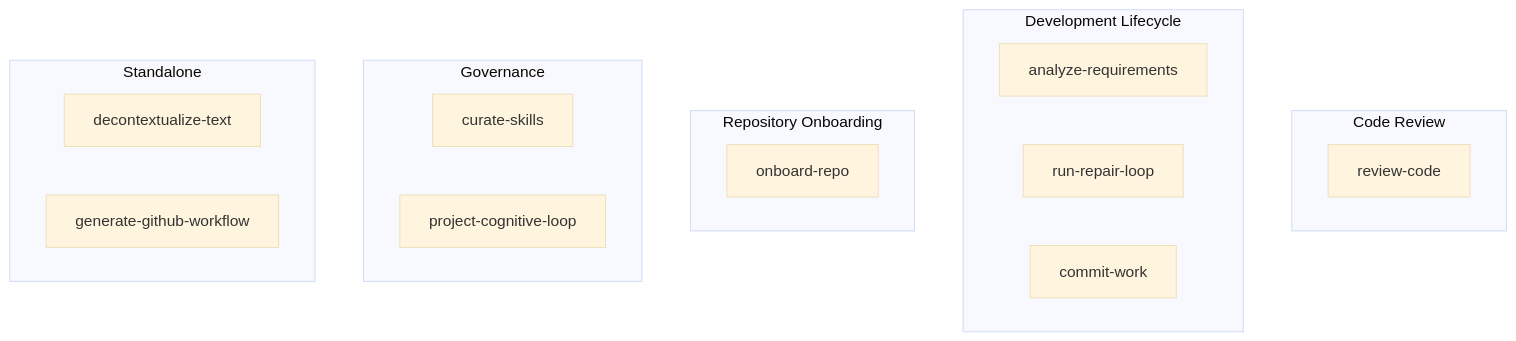
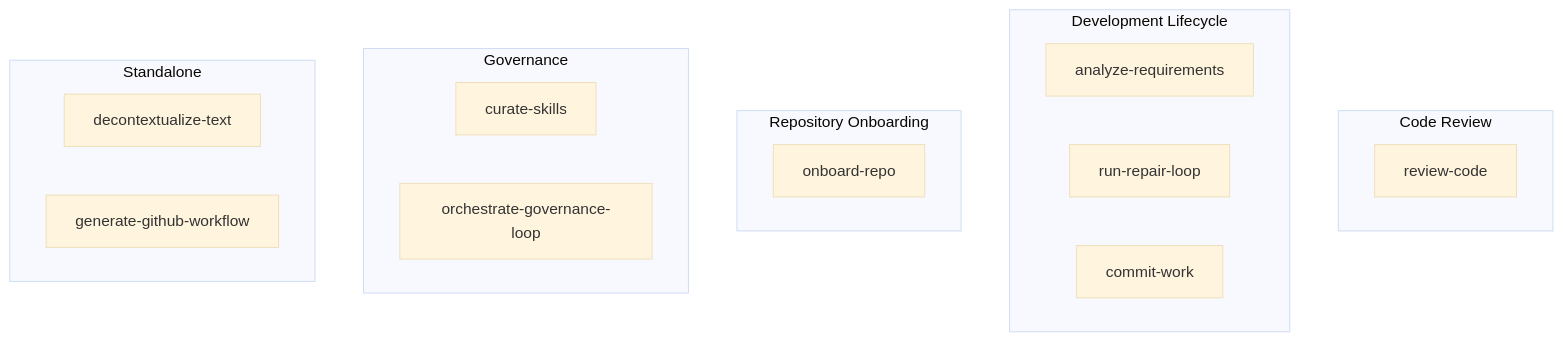
The first of 6 diagrams in skills/skillgraph.md (nesnilnehc/ai-cortex), drawn with Mermaid (base theme) before and after one commit. The commit also changed other lines of this file and 41 other files, not shown here.

````diff
--- a/skills/skillgraph.md
+++ b/skills/skillgraph.md
@@ -21,22 +21,22 @@
 ```mermaid
 flowchart TB
   subgraph review [Code Review]
     rc[review-code]
   end
   subgraph lifecycle [Development Lifecycle]
     req[analyze-requirements]
     repair[run-repair-loop]
     commit[commit-work]
   end
   subgraph onboarding [Repository Onboarding]
     onboard[onboard-repo]
   end
   subgraph governance [Governance]
     curate[curate-skills]
-    loop[project-cognitive-loop]
+    loop[orchestrate-governance-loop]
   end
   subgraph standalone [Standalone]
     dectx[decontextualize-text]
     gwf[generate-github-workflow]
   end
 ```
````
